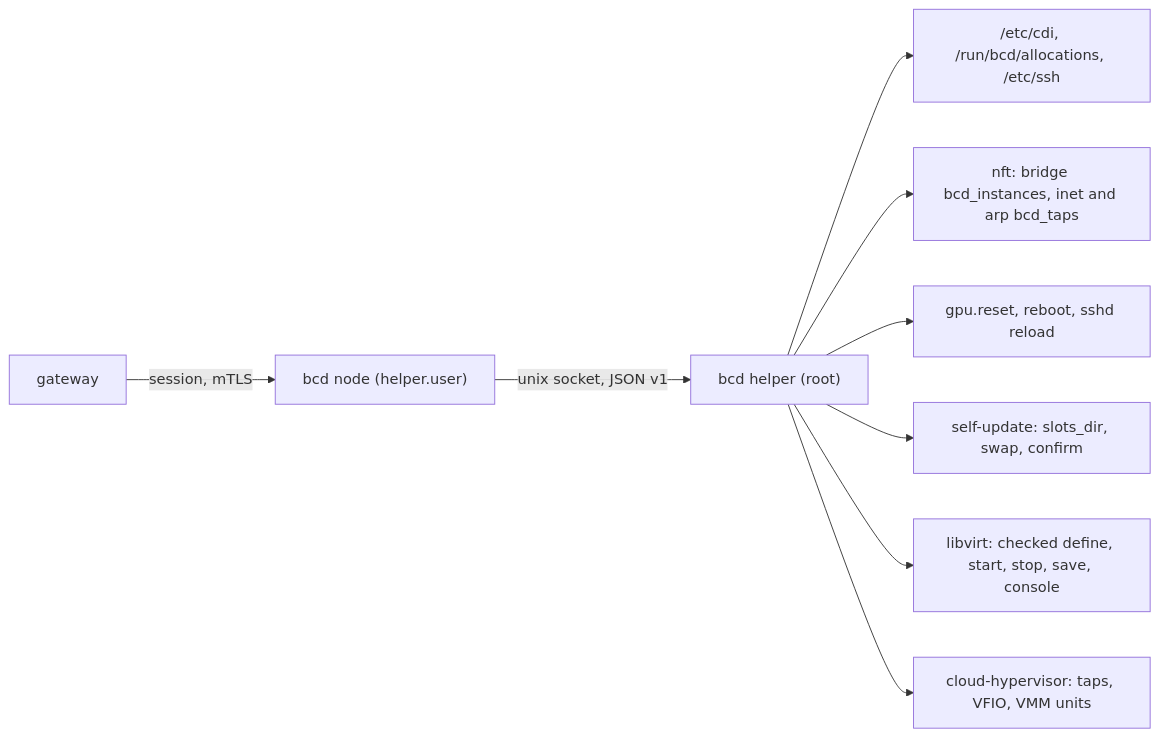
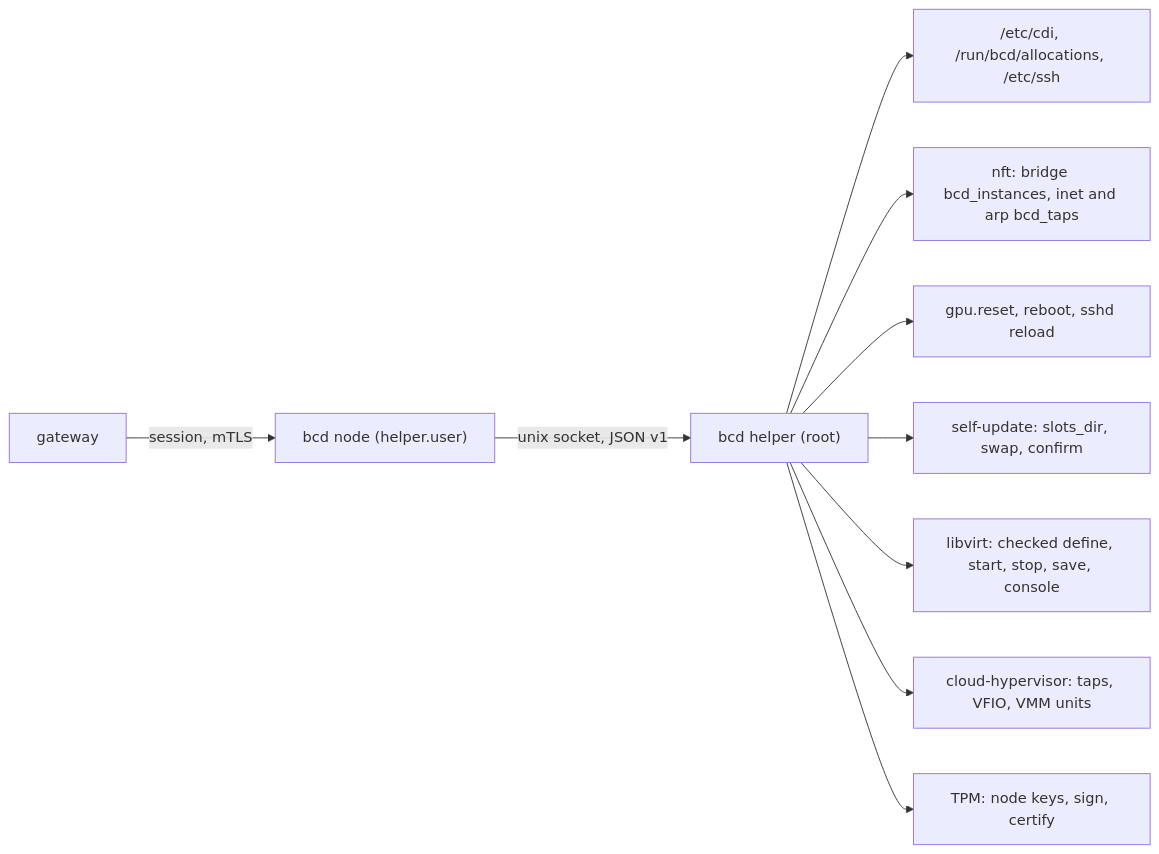
One commit to Better-Compute/better-compute changed the second of 2 diagrams in apps/docs/content/docs/daemon/index.mdx. Above: the diagram before and after it, drawn with Mermaid. The commit also changed other lines of this file and 9 other files, not shown here.

First line of the commit message:
docs: node keys through the helper (no tss), retiring adopted nodes, capped Kubernetes release carries (cycle 25)

````diff
--- a/apps/docs/content/docs/daemon/index.mdx
+++ b/apps/docs/content/docs/daemon/index.mdx
@@ -402,11 +403,12 @@
 ```mermaid
 flowchart LR
   G["gateway"] -->|"session, mTLS"| N["bcd node (helper.user)"]
   N -->|"unix socket, JSON v1"| H["bcd helper (root)"]
   H --> F["/etc/cdi, /run/bcd/allocations, /etc/ssh"]
   H --> T["nft: bridge bcd_instances, inet and arp bcd_taps"]
   H --> R["gpu.reset, reboot, sshd reload"]
   H --> U["self-update: slots_dir, swap, confirm"]
   H --> L["libvirt: checked define, start, stop, save, console"]
   H --> C["cloud-hypervisor: taps, VFIO, VMM units"]
+  H --> K["TPM: node keys, sign, certify"]
 ```
````
